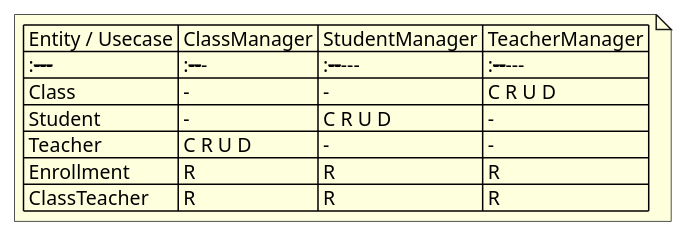
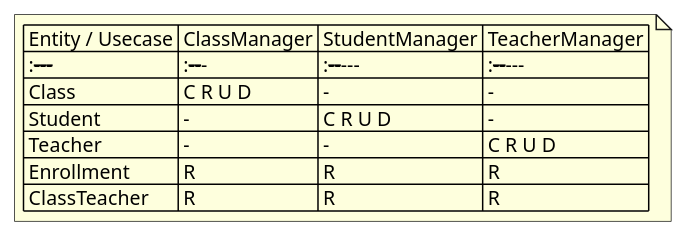
The diagram in 5.crud-matrix.puml (alvinnguyen9820-prog/TestPUML), drawn with PlantUML before and after one commit. The commit also changed 4 other files, not shown here.

```diff
--- a/5.crud-matrix.puml
+++ b/5.crud-matrix.puml
@@ -1,11 +1,11 @@
 @startuml CRUD_Matrix
 note as CRUD_Matrix
 | Entity / Usecase | ClassManager | StudentManager | TeacherManager |
 | :--------------- | :----------- | :------------- | :------------- |
-| Class            | -            | -              | C R U D        |
+| Class            | C R U D      | -              | -              |
 | Student          | -            | C R U D        | -              |
-| Teacher          | C R U D      | -              | -              |
+| Teacher          | -            | -              | C R U D        |
 | Enrollment       | R            | R              | R              |
 | ClassTeacher     | R            | R              | R              |
 end note
 @enduml
```
